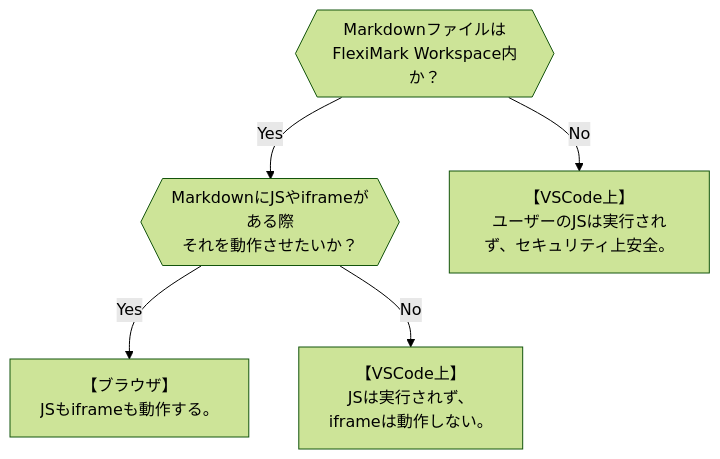
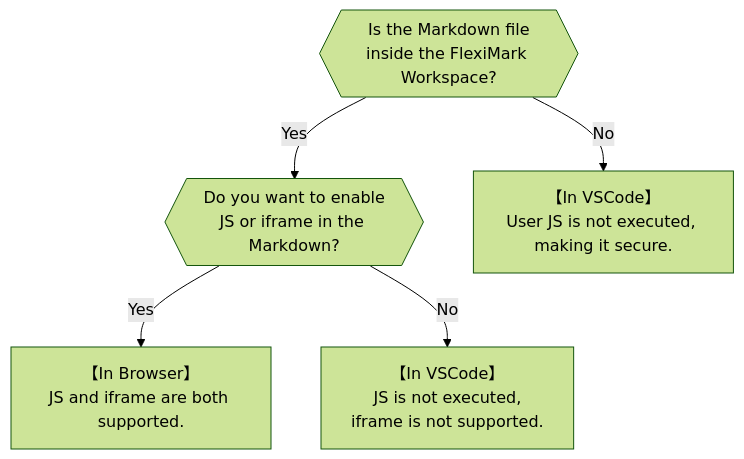
Before and after one commit to Kashiwade-music/fleximark-docs: the diagram in docs/documents/customization/preview-method.md, drawn with Mermaid (forest theme). The commit also changed other lines of this file and 13 other files, not shown here.

````diff
--- a/docs/documents/customization/preview-method.md
+++ b/docs/documents/customization/preview-method.md
@@ -13,8 +13,8 @@
 ```mermaid
 flowchart TD
-    A{{Markdownファイルは<br>FlexiMark Workspace内か？}} -->|Yes| B{{MarkdownにJSやiframeがある際<br>それを動作させたいか？}}
-    A -->|No| D[【VSCode上】<br>ユーザーのJSは実行されず、セキュリティ上安全。]
+    A{{Is the Markdown file<br>inside the FlexiMark Workspace?}} -->|Yes| B{{Do you want to enable<br>JS or iframe in the Markdown?}}
+    A -->|No| D[【In VSCode】<br>User JS is not executed, making it secure.]
 
-    B -->|Yes| C[【ブラウザ】<br>JSもiframeも動作する。]
-    B -->|No| E[【VSCode上】<br>JSは実行されず、<br>iframeは動作しない。]
+    B -->|Yes| C[【In Browser】<br>JS and iframe are both supported.]
+    B -->|No| E[【In VSCode】<br>JS is not executed,<br>iframe is not supported.]
 ```
````
